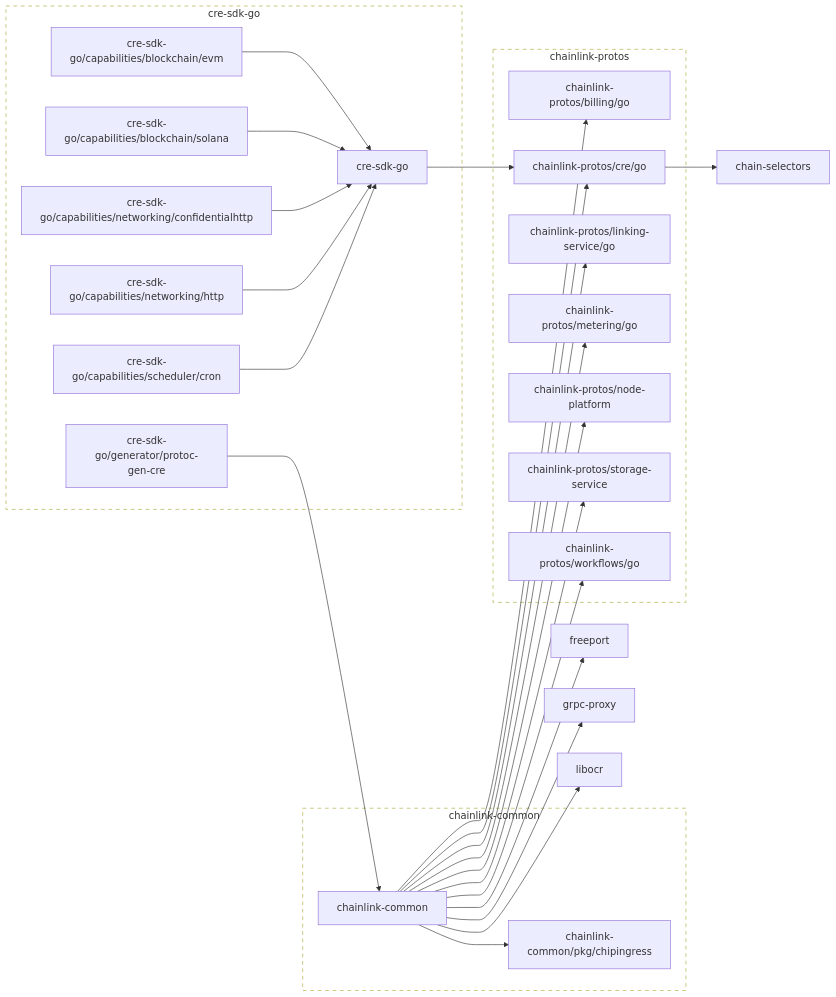
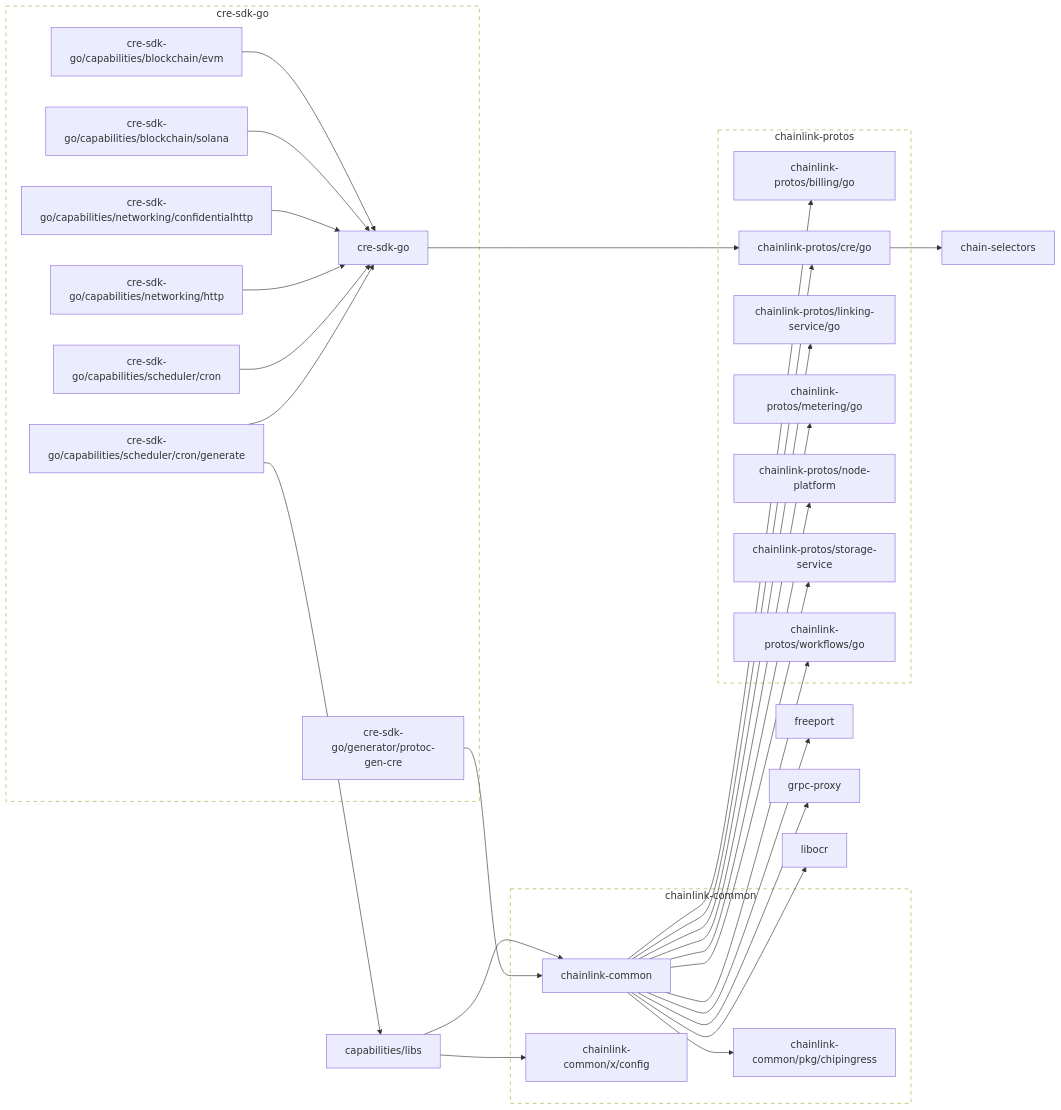
Before and after one commit to smartcontractkit/cre-sdk-go: the diagram in go.md, drawn with Mermaid. The commit also changed 10 other files, not shown here.

````diff
--- a/go.md
+++ b/go.md
@@ -2,6 +2,9 @@
 ```mermaid
 flowchart LR
 
+	capabilities/libs --> chainlink-common
+	capabilities/libs --> chainlink-common/x/config
+	click capabilities/libs href "https://github.com/smartcontractkit/capabilities"
 	chain-selectors
 	click chain-selectors href "https://github.com/smartcontractkit/chain-selectors"
 	chainlink-common --> chainlink-common/pkg/chipingress
@@ -18,6 +21,8 @@
 	click chainlink-common href "https://github.com/smartcontractkit/chainlink-common"
 	chainlink-common/pkg/chipingress
 	click chainlink-common/pkg/chipingress href "https://github.com/smartcontractkit/chainlink-common"
+	chainlink-common/x/config
+	click chainlink-common/x/config href "https://github.com/smartcontractkit/chainlink-common"
 	chainlink-protos/billing/go
 	click chainlink-protos/billing/go href "https://github.com/smartcontractkit/chainlink-protos"
 	chainlink-protos/cre/go --> chain-selectors
@@ -44,6 +49,9 @@
 	click cre-sdk-go/capabilities/networking/http href "https://github.com/smartcontractkit/cre-sdk-go"
 	cre-sdk-go/capabilities/scheduler/cron --> cre-sdk-go
 	click cre-sdk-go/capabilities/scheduler/cron href "https://github.com/smartcontractkit/cre-sdk-go"
+	cre-sdk-go/capabilities/scheduler/cron/generate --> capabilities/libs
+	cre-sdk-go/capabilities/scheduler/cron/generate --> cre-sdk-go
+	click cre-sdk-go/capabilities/scheduler/cron/generate href "https://github.com/smartcontractkit/cre-sdk-go"
 	cre-sdk-go/generator/protoc-gen-cre --> chainlink-common
 	click cre-sdk-go/generator/protoc-gen-cre href "https://github.com/smartcontractkit/cre-sdk-go"
 	freeport
@@ -56,6 +64,7 @@
 	subgraph chainlink-common-repo[chainlink-common]
 		 chainlink-common
 		 chainlink-common/pkg/chipingress
+		 chainlink-common/x/config
 	end
 	click chainlink-common-repo href "https://github.com/smartcontractkit/chainlink-common"
 
@@ -77,6 +86,7 @@
 		 cre-sdk-go/capabilities/networking/confidentialhttp
 		 cre-sdk-go/capabilities/networking/http
 		 cre-sdk-go/capabilities/scheduler/cron
+		 cre-sdk-go/capabilities/scheduler/cron/generate
 		 cre-sdk-go/generator/protoc-gen-cre
 	end
 	click cre-sdk-go-repo href "https://github.com/smartcontractkit/cre-sdk-go"
````
